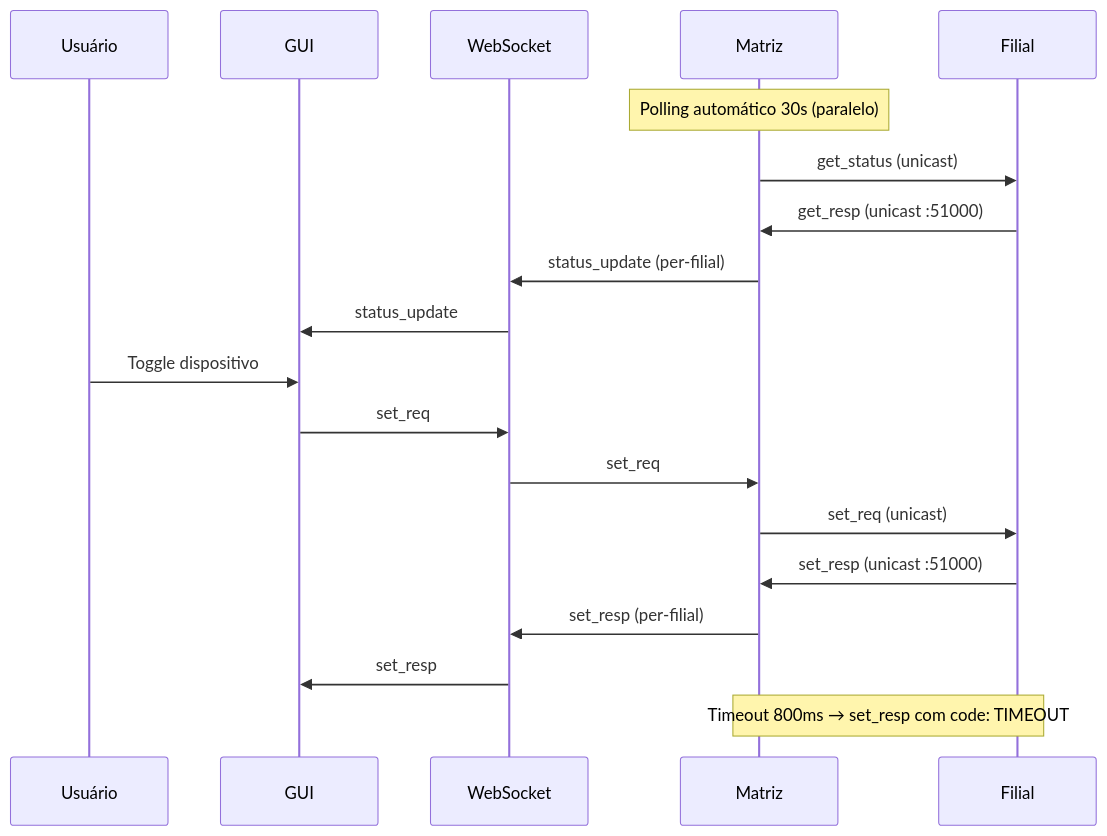
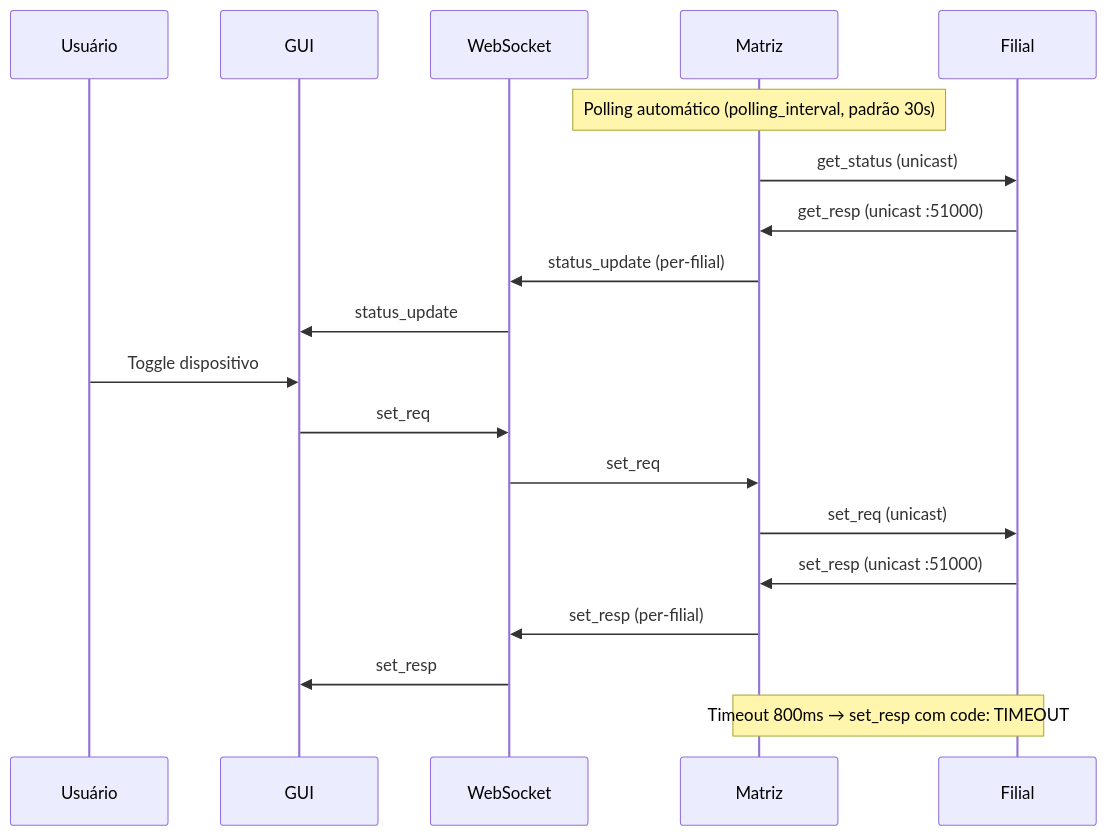
The second of 2 diagrams in docs/architecture/overview.md (gugacarbo/UDP-IOT-Redes-AV3-3), drawn with Mermaid before and after one commit. The commit also changed 20 other files, not shown here.

````diff
--- a/docs/architecture/overview.md
+++ b/docs/architecture/overview.md
@@ -55,25 +55,25 @@
 ```mermaid
 sequenceDiagram
     participant U as Usuário
     participant G as GUI
     participant WS as WebSocket
     participant M as Matriz
     participant F as Filial
 
-    Note over M: Polling automático 30s (paralelo)
+    Note over M: Polling automático (polling_interval, padrão 30s)
 
     M->>F: get_status (unicast)
     F->>M: get_resp (unicast :51000)
     M->>WS: status_update (per-filial)
     WS->>G: status_update
 
     U->>G: Toggle dispositivo
     G->>WS: set_req
     WS->>M: set_req
     M->>F: set_req (unicast)
     F->>M: set_resp (unicast :51000)
     M->>WS: set_resp (per-filial)
     WS->>G: set_resp
 
     Note over M,F: Timeout 800ms → set_resp com code: TIMEOUT
 ```
````
